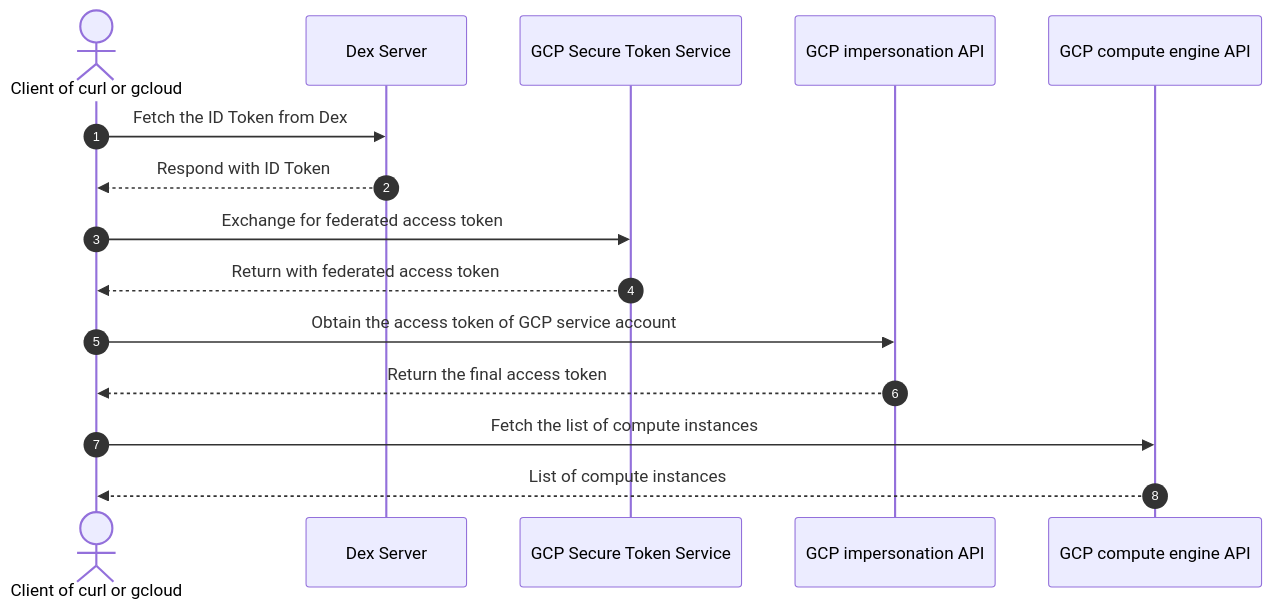
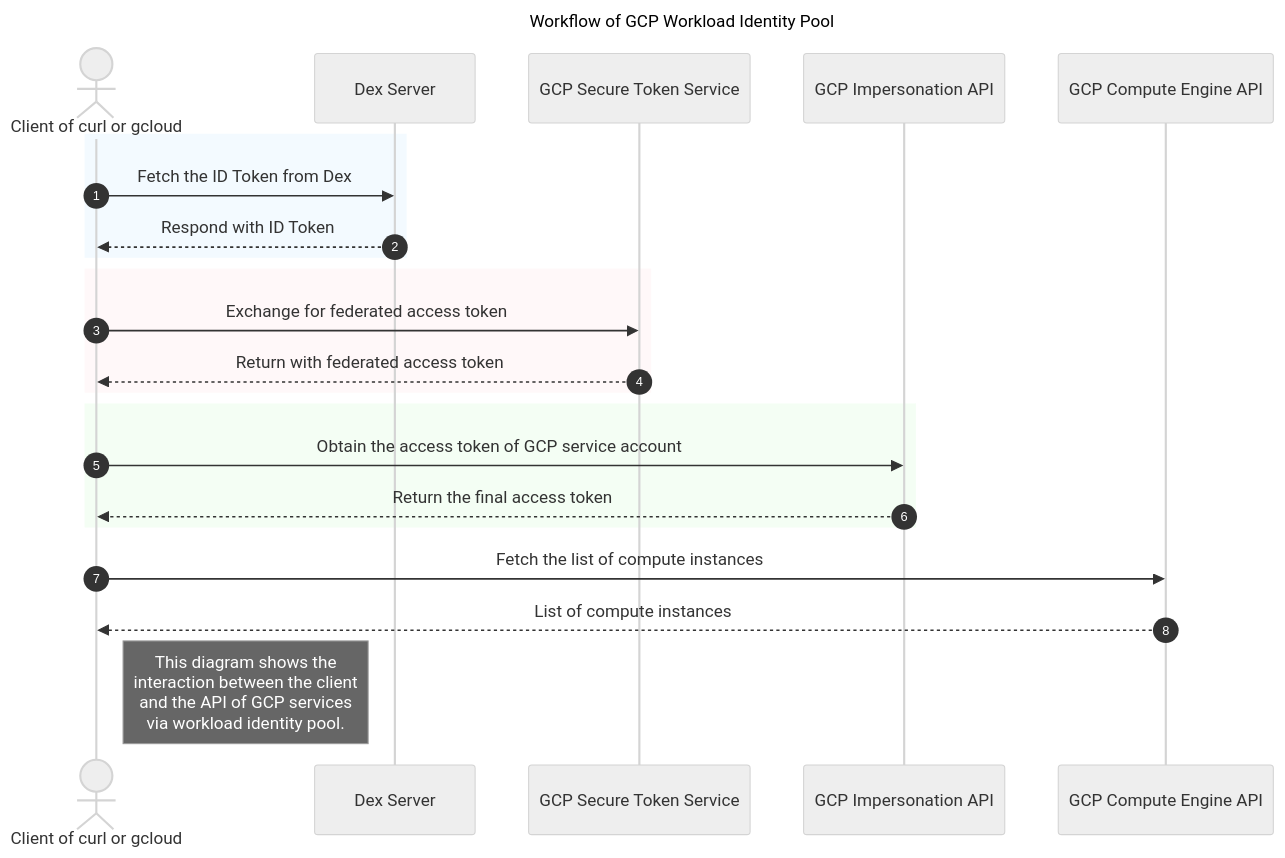
Before and after one commit to magichuihui/magichuihui.github.io: the diagram in _posts/2025-04-25-workload-identity-pool-with-dex.md, drawn with Mermaid.

Commit message:
ui: Optimize diagram UI by mermaid ai tool

````diff
--- a/_posts/2025-04-25-workload-identity-pool-with-dex.md
+++ b/_posts/2025-04-25-workload-identity-pool-with-dex.md
@@ -19,17 +19,34 @@
 ```mermaid
+---
+config:
+  theme: neutral
+title: Workflow of GCP Workload Identity Pool
+---
 sequenceDiagram
 autonumber
 actor client as Client of curl or gcloud
 participant dex as Dex Server
 participant sts as GCP Secure Token Service
-participant impersonation as GCP impersonation API
-participant compute as GCP compute engine API
-client->>dex: Fetch the ID Token from Dex
-dex-->>client: Respond with ID Token
-client->>sts: Exchange for federated access token
-sts-->>client: Return with federated access token
-client->>impersonation: Obtain the access token of GCP service account
-impersonation-->>client: Return the final access token
+participant impersonation as GCP Impersonation API
+participant compute as GCP Compute Engine API
+
+rect rgba(135, 206, 250, 0.1)
+    client->>dex: Fetch the ID Token from Dex
+    dex-->>client: Respond with ID Token
+end
+
+rect rgba(255, 182, 193, 0.1)
+    client->>sts: Exchange for federated access token
+    sts-->>client: Return with federated access token
+end
+
+rect rgba(144, 238, 144, 0.1)
+    client->>impersonation: Obtain the access token of GCP service account
+    impersonation-->>client: Return the final access token
+end
+
 client->>compute: Fetch the list of compute instances
 compute-->>client: List of compute instances
+
+Note right of client: This diagram shows the<br/>interaction between the client<br/>and the API of GCP services<br/> via workload identity pool.
 ```
````
